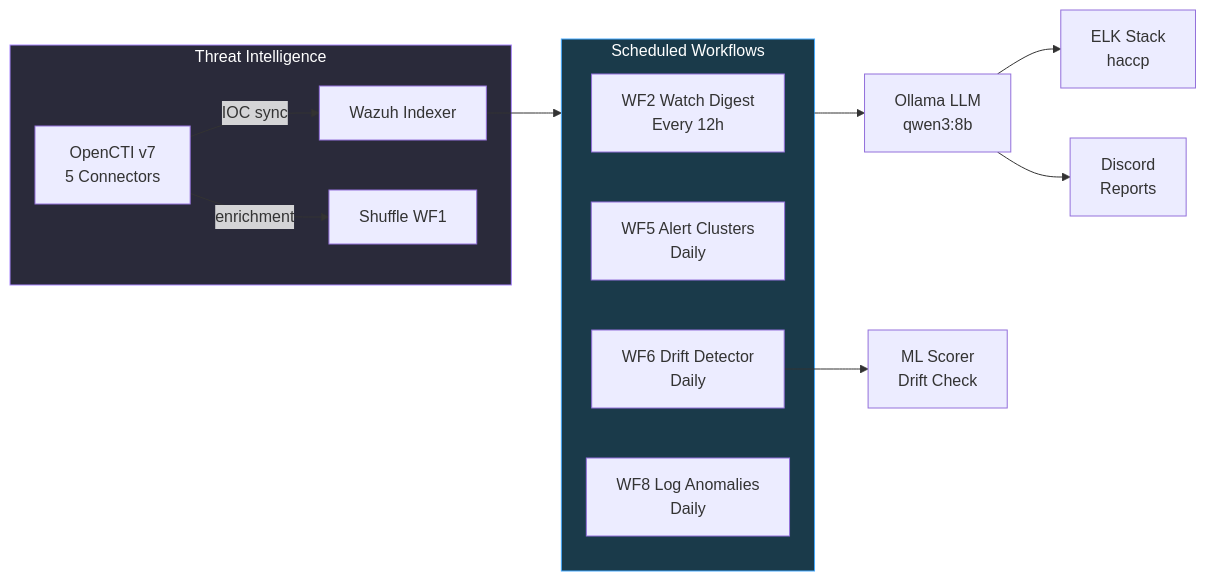
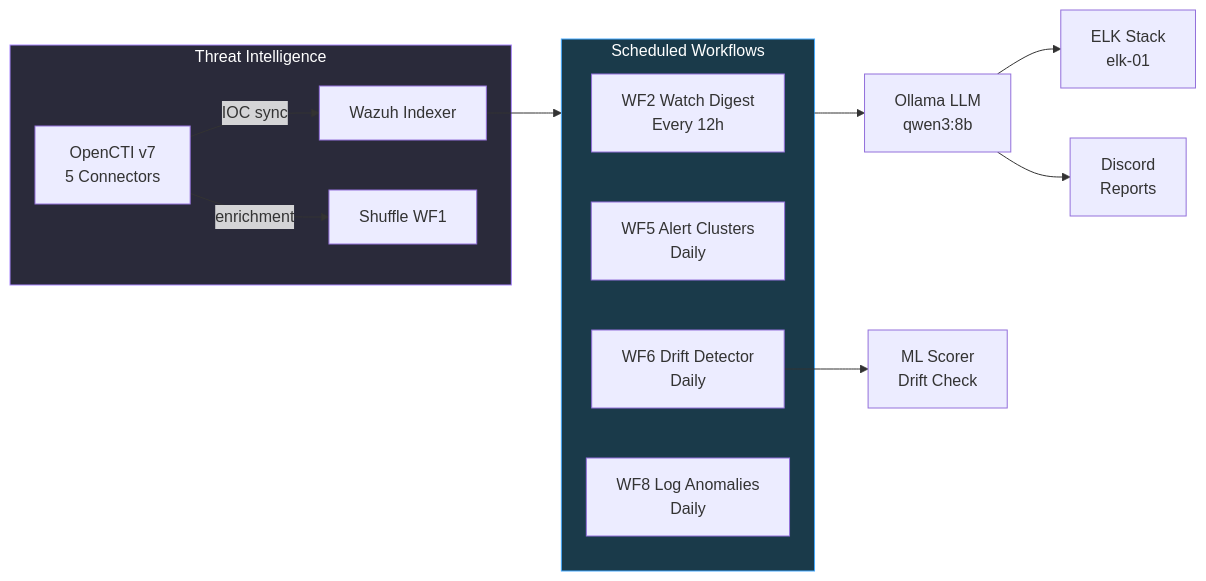
The third of 5 diagrams in docs/architecture.md (brianchaplow/HomeLab-SOC-v3), drawn with Mermaid before and after one commit. The commit also changed other lines of this file and 73 other files, not shown here.

````diff
--- a/docs/architecture.md
+++ b/docs/architecture.md
@@ -484,26 +484,26 @@
 ```mermaid
 flowchart LR
     subgraph Scheduled["Scheduled Workflows"]
         WF2[WF2 Watch Digest<br/>Every 12h]
         WF5[WF5 Alert Clusters<br/>Daily]
         WF6[WF6 Drift Detector<br/>Daily]
         WF8[WF8 Log Anomalies<br/>Daily]
     end
 
     subgraph ThreatIntel["Threat Intelligence"]
         OCTI[OpenCTI v7<br/>5 Connectors] -->|IOC sync| WI[Wazuh Indexer]
         OCTI -->|enrichment| WF1E[Shuffle WF1]
     end
 
     WI --> Scheduled
 
     Scheduled --> OLL[Ollama LLM<br/>qwen3:8b]
 
-    OLL --> ELK[ELK Stack<br/>haccp]
+    OLL --> ELK[ELK Stack<br/>elk-01]
     OLL --> DISC[Discord<br/>Reports]
 
     WF6 --> MLS[ML Scorer<br/>Drift Check]
 
     style Scheduled fill:#1a3a4a,stroke:#44aaff,color:#ffffff
     style ThreatIntel fill:#2a2a3a,stroke:#aa88ff,color:#ffffff
 ```
````
